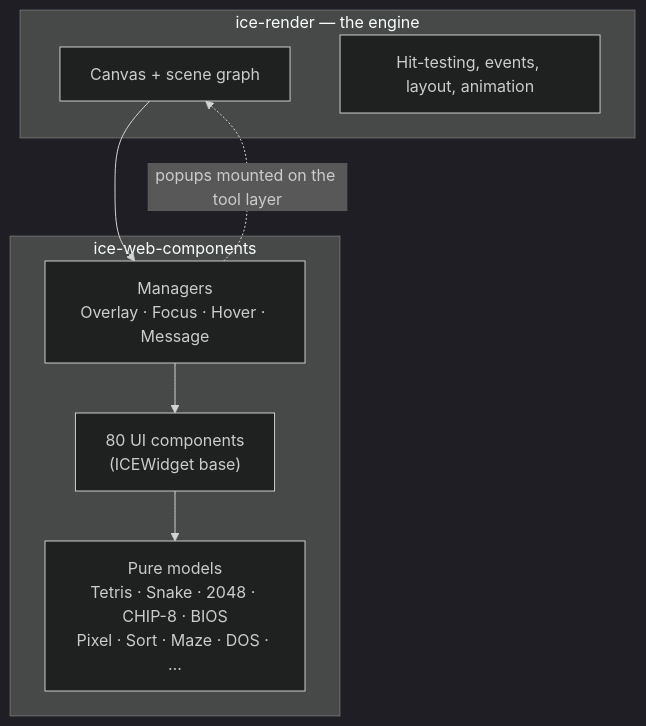
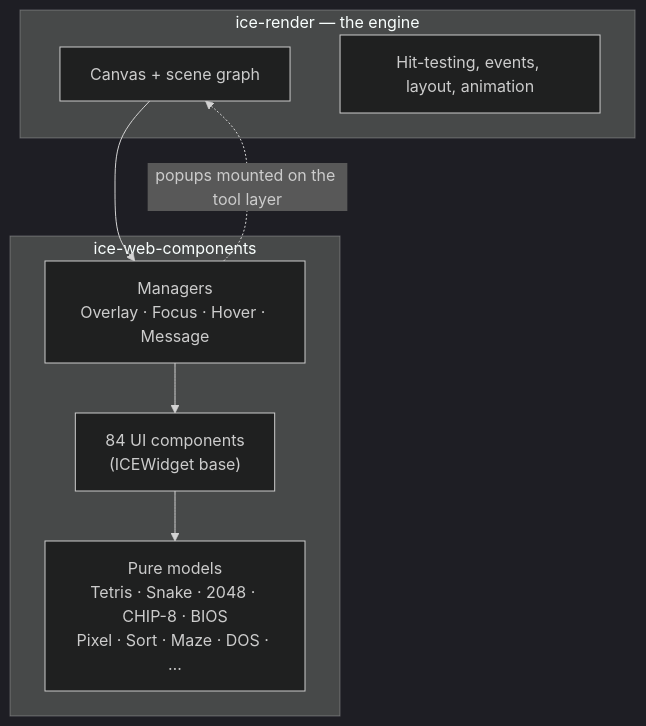
One commit to ice-render/ice-web-components changed the first of 7 diagrams in README.md. Above: the diagram before and after it, drawn with Mermaid (dark theme). The commit also changed other lines of this file, not shown here.

````diff
--- a/README.md
+++ b/README.md
@@ -19,16 +19,16 @@
 ```mermaid
 graph TD
     subgraph engine["ice-render — the engine"]
         E1["Canvas + scene graph"]
         E2["Hit-testing, events, layout, animation"]
     end
     subgraph wc["ice-web-components"]
         M["Managers<br/>Overlay · Focus · Hover · Message"]
-        C["80 UI components<br/>(ICEWidget base)"]
+        C["84 UI components<br/>(ICEWidget base)"]
         D["Pure models<br/>Tetris · Snake · 2048 · CHIP-8 · BIOS<br/>Pixel · Sort · Maze · DOS · …"]
     end
     E1 --> M
     M --> C
     C --> D
     M -. "popups mounted on the tool layer" .-> E1
 ```
````
